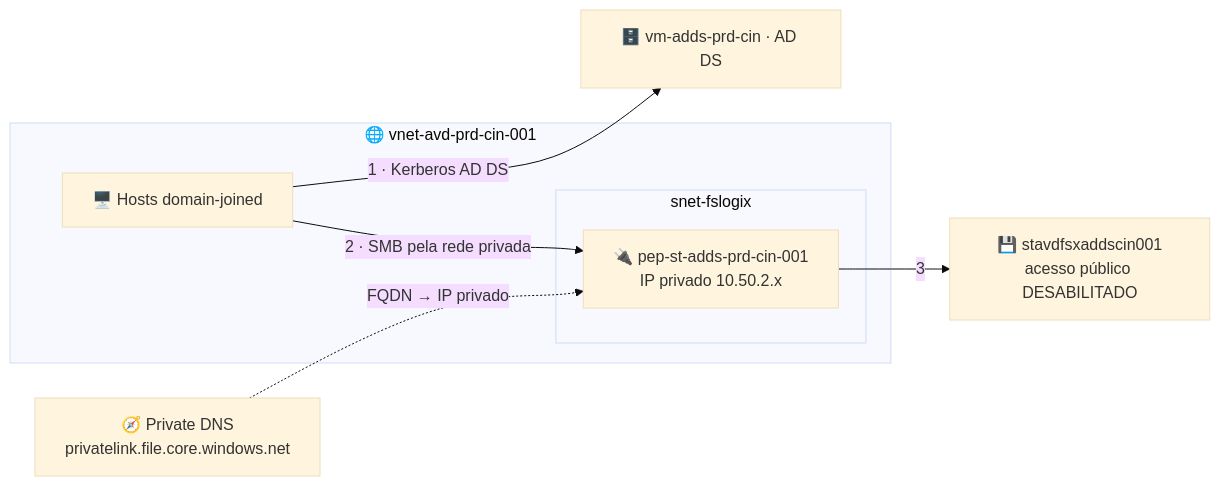
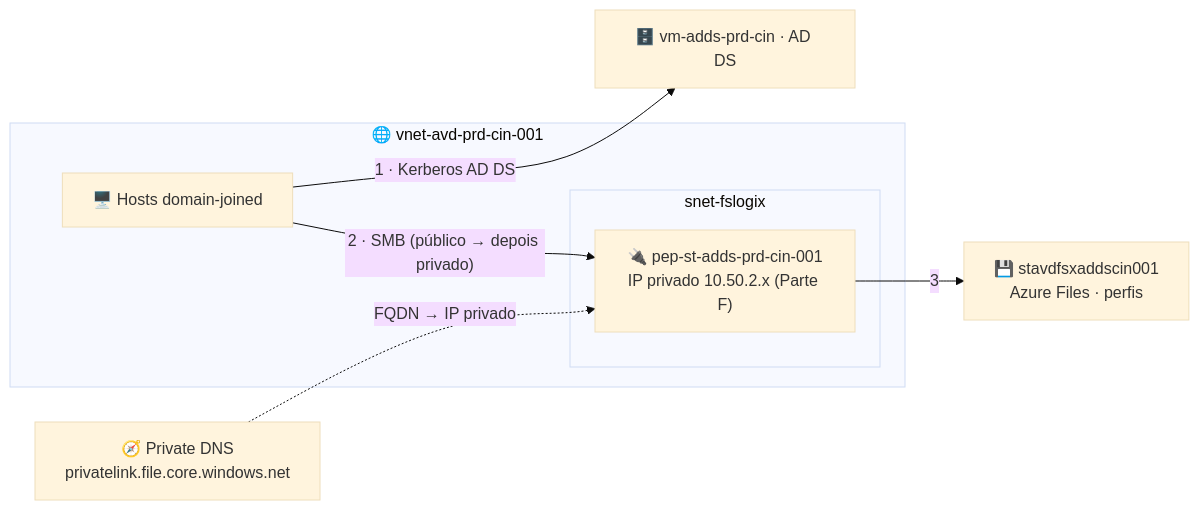
One commit to raphasi/posavd changed the diagram in Lab05_FSLogix_ADDS_PrivateEndpoints.md. Above: the diagram before and after it, drawn with Mermaid (base theme). The commit also changed other lines of this file, not shown here.

Commit message:
Lab05: reordena — FSLogix funcionando primeiro (endpoint público), Private Endpoint como passo final (Parte F, mais complexo)

````diff
--- a/Lab05_FSLogix_ADDS_PrivateEndpoints.md
+++ b/Lab05_FSLogix_ADDS_PrivateEndpoints.md
@@ -18,15 +18,15 @@
 ```mermaid
 flowchart LR
     subgraph VNET["🌐 vnet-avd-prd-cin-001"]
       HP["🖥️ Hosts domain-joined"]
       subgraph SNF["snet-fslogix"]
-        PE["🔌 pep-st-adds-prd-cin-001<br/>IP privado 10.50.2.x"]
+        PE["🔌 pep-st-adds-prd-cin-001<br/>IP privado 10.50.2.x (Parte F)"]
       end
     end
     DC["🗄️ vm-adds-prd-cin · AD DS"]
     DNS["🧭 Private DNS<br/>privatelink.file.core.windows.net"]
     HP -->|"1 · Kerberos AD DS"| DC
-    HP -->|"2 · SMB pela rede privada"| PE
-    PE -->|"3"| ST["💾 stavdfsxaddscin001<br/>acesso público DESABILITADO"]
+    HP -->|"2 · SMB (público → depois privado)"| PE
+    PE -->|"3"| ST["💾 stavdfsxaddscin001<br/>Azure Files · perfis"]
     DNS -.->|"FQDN → IP privado"| PE
 ```
````
